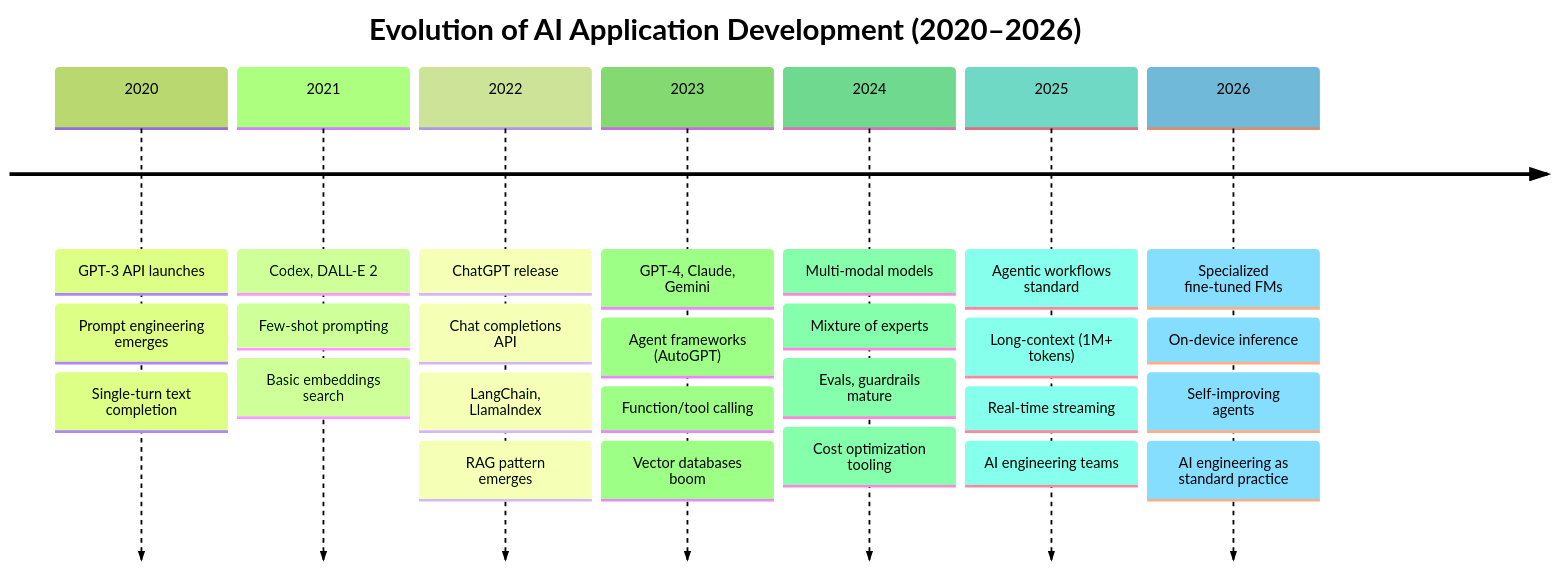
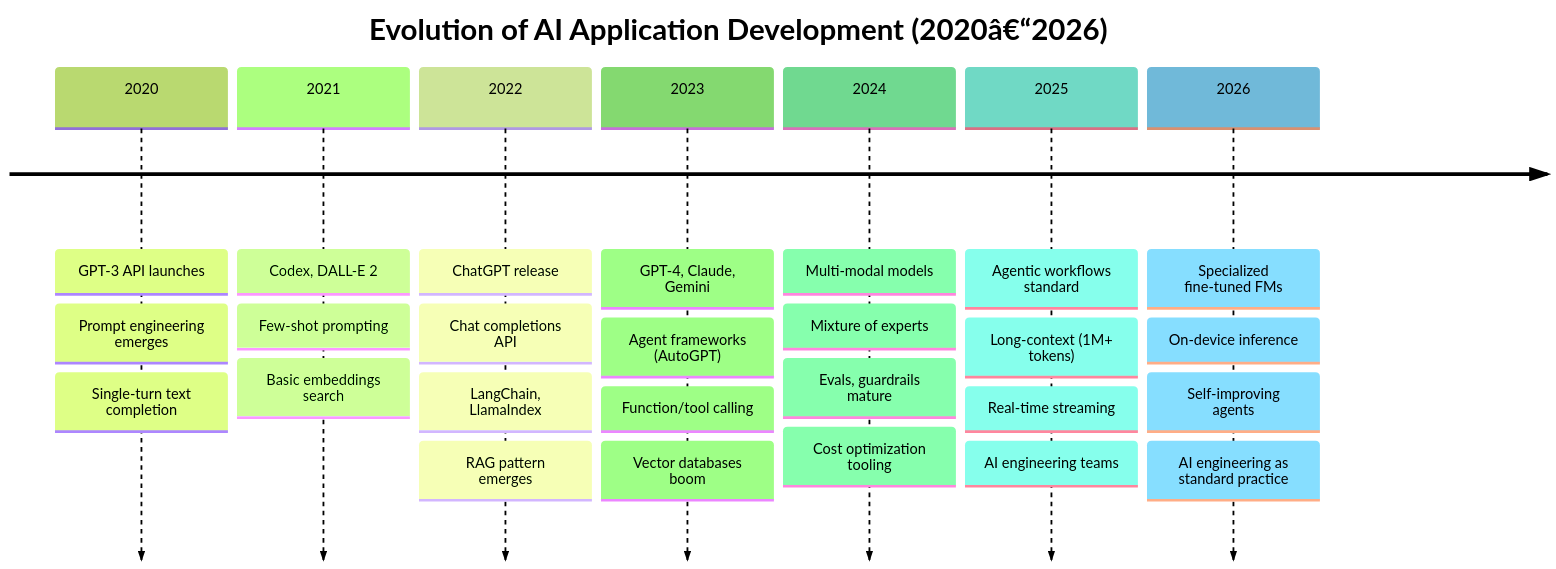
Before and after one commit to Raushan666java/ai-engineering-journey: the first of 5 diagrams in docs/courses/modern-ai-engineering/01-introduction-to-ai-engineering.md, drawn with Mermaid (forest theme). The commit also changed other lines of this file and 735 other files, not shown here.

````diff
--- a/docs/courses/modern-ai-engineering/01-introduction-to-ai-engineering.md
+++ b/docs/courses/modern-ai-engineering/01-introduction-to-ai-engineering.md
@@ -56,30 +56,30 @@
 ```mermaid
 timeline
-    title Evolution of AI Application Development (2020–2026)
+    title Evolution of AI Application Development (2020â€“2026)
     2020 : GPT-3 API launches
           : Prompt engineering emerges
           : Single-turn text completion
     2021 : Codex, DALL-E 2
           : Few-shot prompting
           : Basic embeddings search
     2022 : ChatGPT release
           : Chat completions API
           : LangChain, LlamaIndex
           : RAG pattern emerges
     2023 : GPT-4, Claude, Gemini
           : Agent frameworks (AutoGPT)
           : Function/tool calling
           : Vector databases boom
     2024 : Multi-modal models
           : Mixture of experts
           : Evals, guardrails mature
           : Cost optimization tooling
     2025 : Agentic workflows standard
           : Long-context (1M+ tokens)
           : Real-time streaming
           : AI engineering teams
     2026 : Specialized fine-tuned FMs
           : On-device inference
           : Self-improving agents
           : AI engineering as standard practice
 ```
````
